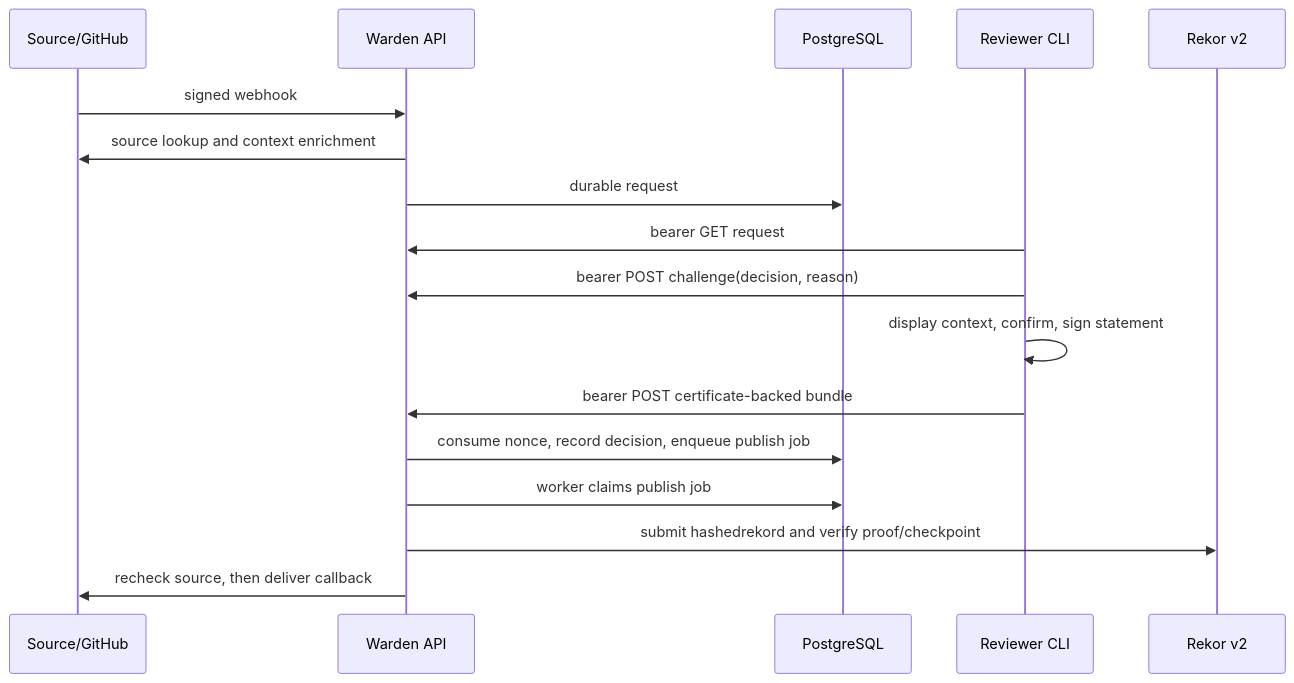
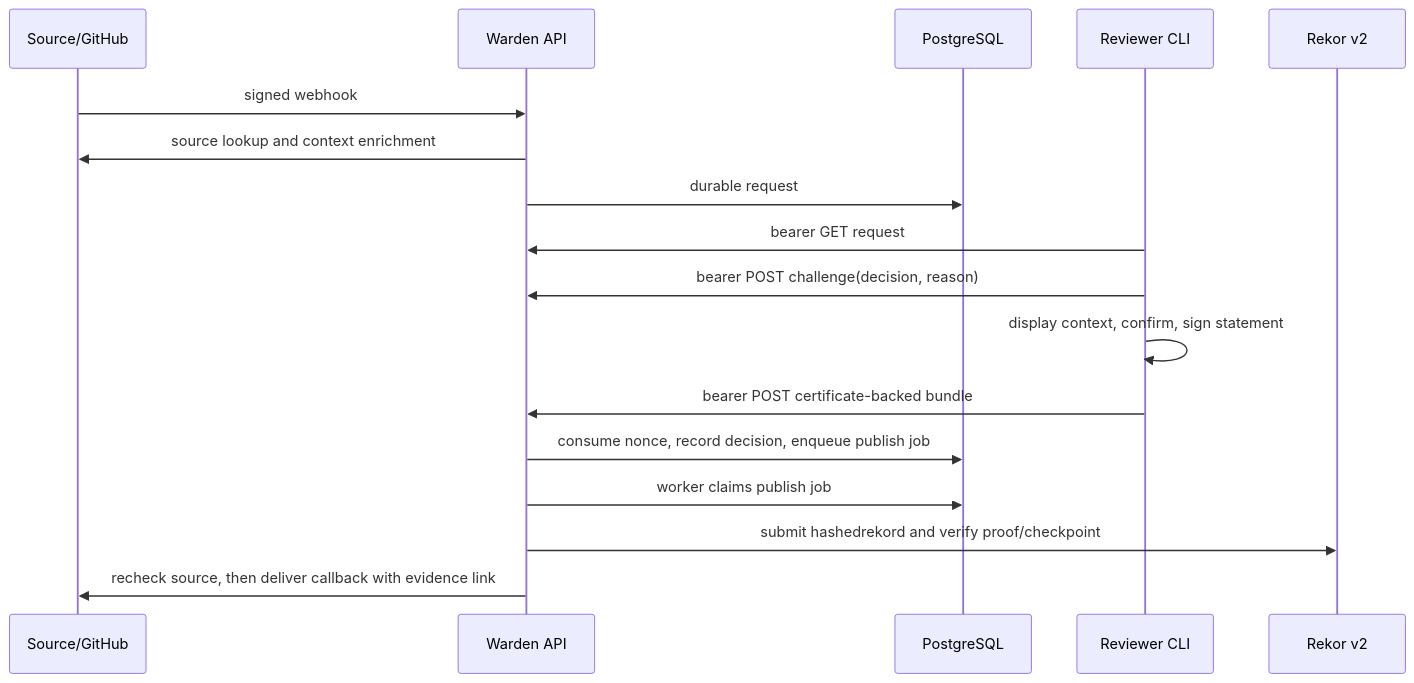
The diagram in docs/architecture.md (dlorych/warden), drawn with Mermaid before and after one commit. The commit also changed other lines of this file and 10 other files, not shown here.

Commit message:
feat: return evidence URL in a decision callback to GitHub, improve IdP logout process

````diff
--- a/docs/architecture.md
+++ b/docs/architecture.md
@@ -46,19 +52,19 @@
 ```mermaid
 sequenceDiagram
     participant GH as Source/GitHub
     participant W as Warden API
     participant DB as PostgreSQL
     participant C as Reviewer CLI
     participant R as Rekor v2
     GH->>W: signed webhook
     W->>GH: source lookup and context enrichment
     W->>DB: durable request
     C->>W: bearer GET request
     C->>W: bearer POST challenge(decision, reason)
     C->>C: display context, confirm, sign statement
     C->>W: bearer POST certificate-backed bundle
     W->>DB: consume nonce, record decision, enqueue publish job
     W->>DB: worker claims publish job
     W->>R: submit hashedrekord and verify proof/checkpoint
-    W->>GH: recheck source, then deliver callback
+    W->>GH: recheck source, then deliver callback with evidence link
 ```
````
